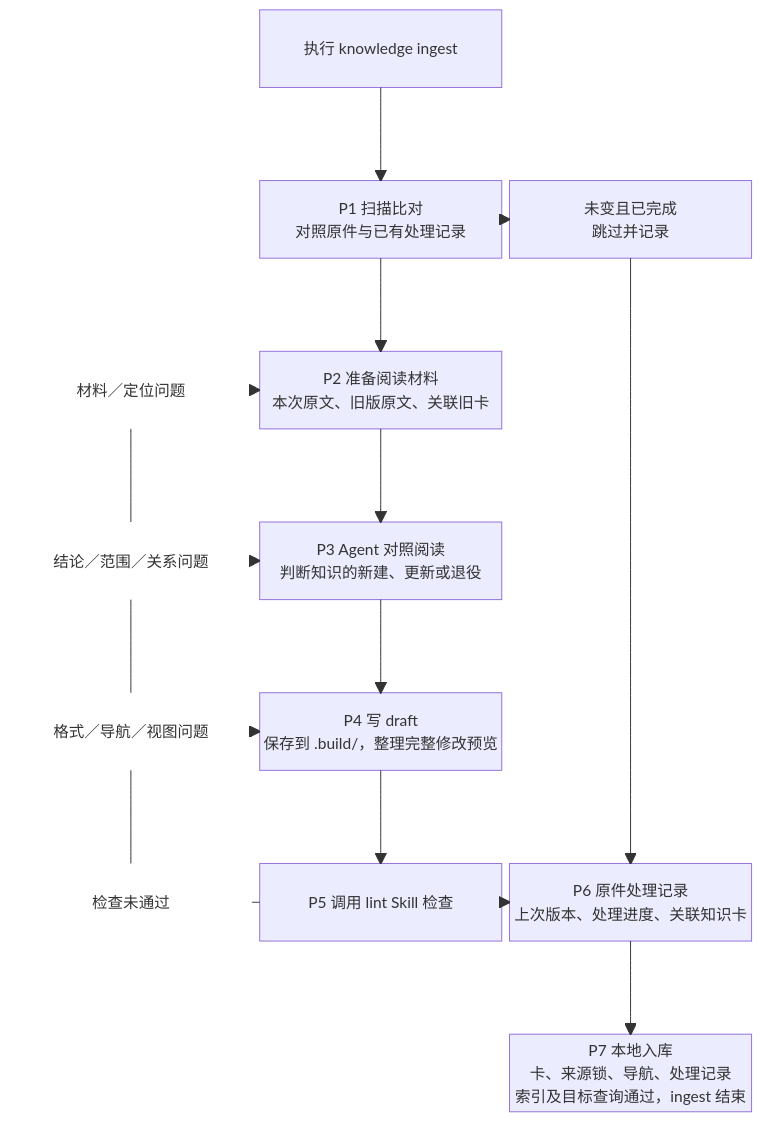
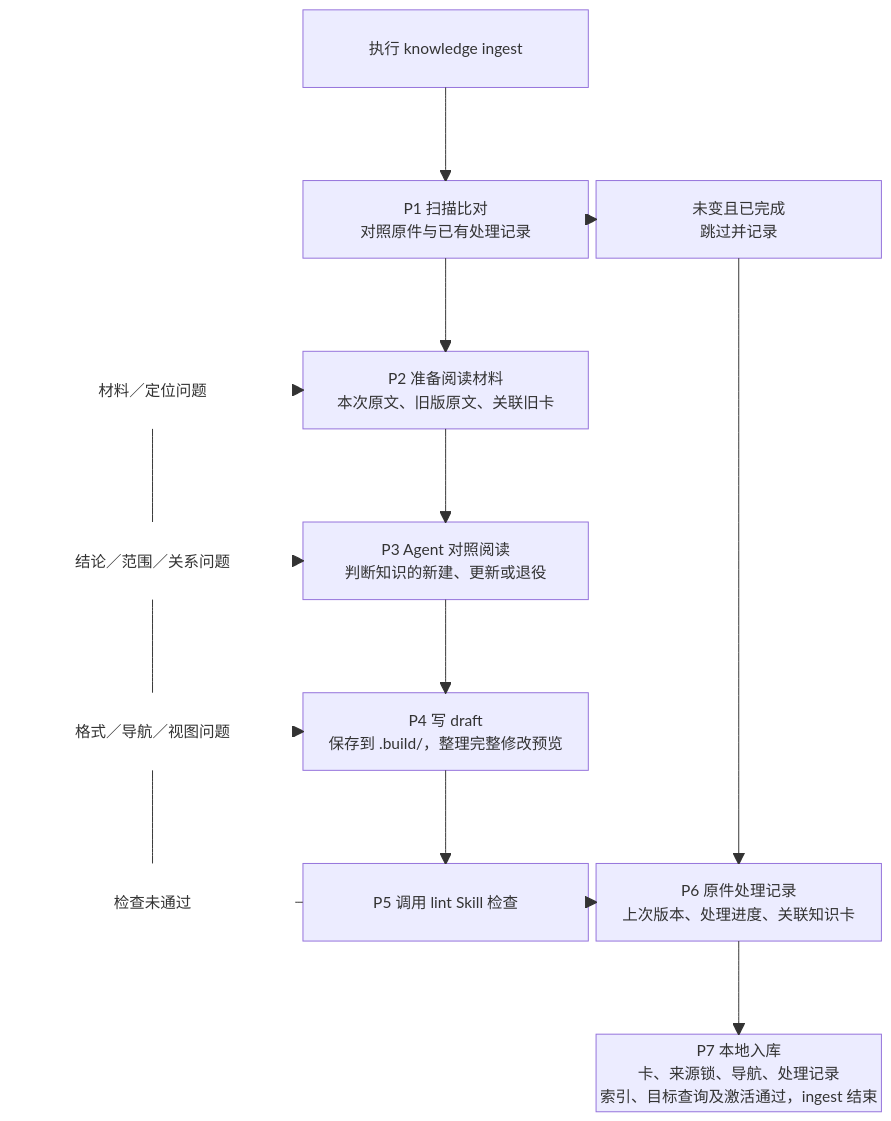
Before and after one commit to Robin-hhc/FactumCore: the fourth of 20 diagrams in aiotbot-knowledge-wifi-mp/docs-llm-wiki/知识库详细设计.md, drawn with Mermaid. The commit also changed other lines of this file and 115 other files, not shown here.

````diff
--- a/aiotbot-knowledge-wifi-mp/docs-llm-wiki/知识库详细设计.md
+++ b/aiotbot-knowledge-wifi-mp/docs-llm-wiki/知识库详细设计.md
@@ -151,39 +152,39 @@
 ```mermaid
 block-beta
     columns 3
     space CMD["执行 knowledge ingest"] space
     space:3
     space P1["P1 扫描比对<br/>对照原件与已有处理记录"] SKIP["未变且已完成<br/>跳过并记录"]
     space:3
     J2["材料／定位问题"] P2["P2 准备阅读材料<br/>本次原文、旧版原文、关联旧卡"] space
     space:3
     J3["结论／范围／关系问题"] P3["P3 Agent 对照阅读<br/>判断知识的新建、更新或退役"] space
     space:3
     J4["格式／导航／视图问题"] P4["P4 写 draft<br/>保存到 .build/，整理完整修改预览"] space
     space:3
     J5["检查未通过"] P5["P5 调用 lint Skill 检查"] P6["P6 原件处理记录<br/>上次版本、处理进度、关联知识卡"]
     space:3
-    space:2 P7["P7 本地入库<br/>卡、来源锁、导航、处理记录<br/>索引及目标查询通过，ingest 结束"]
+    space:2 P7["P7 本地入库<br/>卡、来源锁、导航、处理记录<br/>索引、目标查询及激活通过，ingest 结束"]
 
     CMD --> P1
     P1 --> P2
     P2 --> P3
     P3 --> P4
     P4 --> P5
     P5 --> P6
     P6 --> P7
 
     P1 --> SKIP
     SKIP --> P6
 
     P5 --- J5
     J5 --- J4
     J4 --- J3
     J3 --- J2
     J2 --> P2
     J3 --> P3
     J4 --> P4
 
     classDef problem fill:none,stroke:none
     class J2,J3,J4,J5 problem
 ```
````
